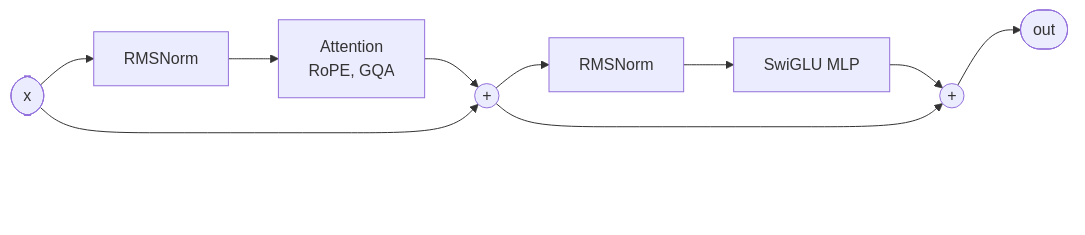
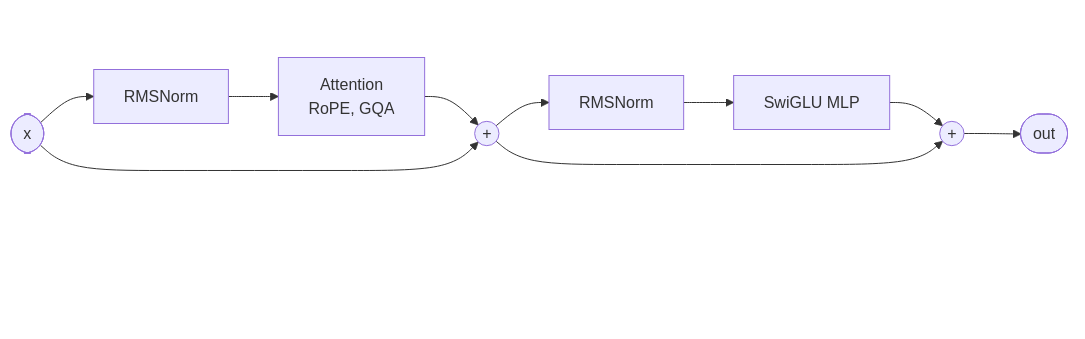
Before and after one commit to cooldip00/tiny-llm: the first of 4 diagrams in README.md, drawn with Mermaid. The commit also changed 1 other file, not shown here.

Commit message:
README: keep the model block's last box clear of the GitHub buttons
A small invisible box above it, so the box sits between the top and bottom buttons.

````diff
--- a/README.md
+++ b/README.md
@@ -118,11 +118,13 @@
 ```mermaid
 flowchart LR
     x([x]) --> n1[RMSNorm] --> attn["Attention<br/>RoPE, GQA"] --> a1((+))
     x --> a1
     a1 --> n2[RMSNorm] --> mlp["SwiGLU MLP"] --> a2((+))
     a1 --> a2
+    %% Invisible boxes: keep the GitHub buttons off the last node
+    a2 ~~~ gap0["<br/>"]
+    style gap0 fill:none,stroke:none
     a2 --> out([out])
-    %% Invisible box: keeps the GitHub zoom buttons off the last node
     a2 ~~~ gap["<br/><br/><br/><br/>"]
     style gap fill:none,stroke:none
 ```
````
